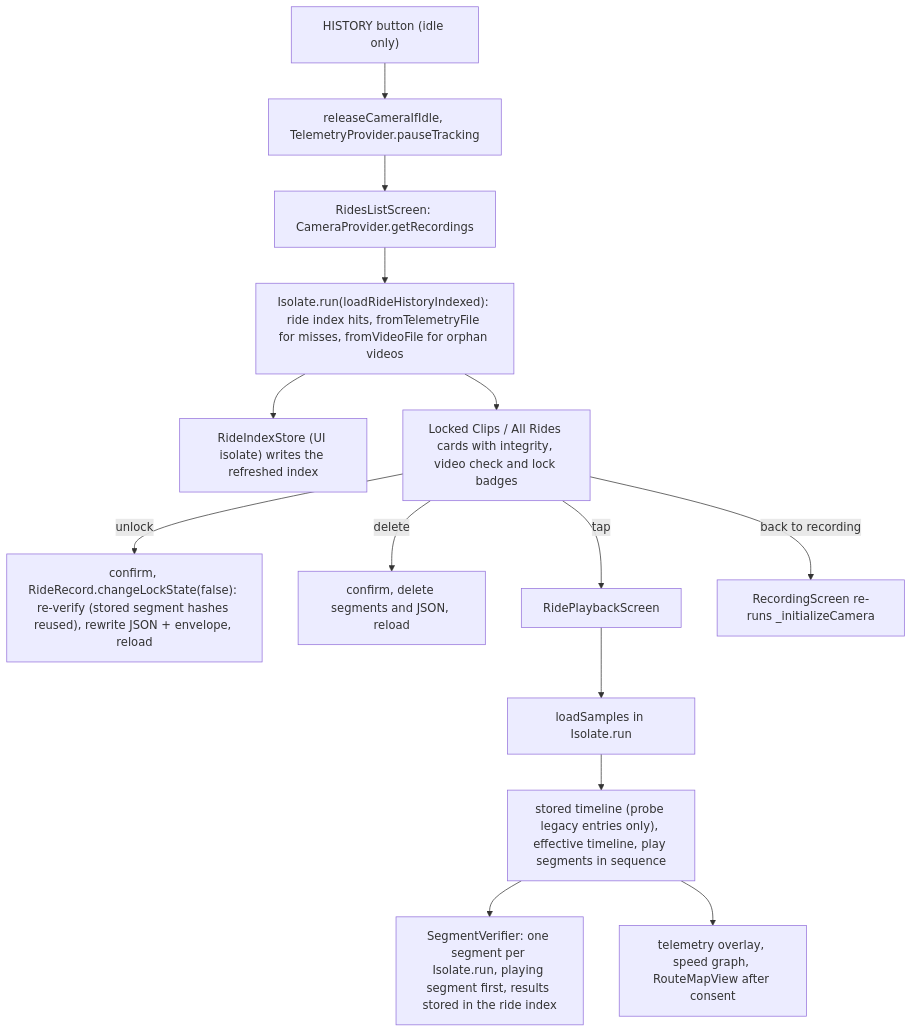
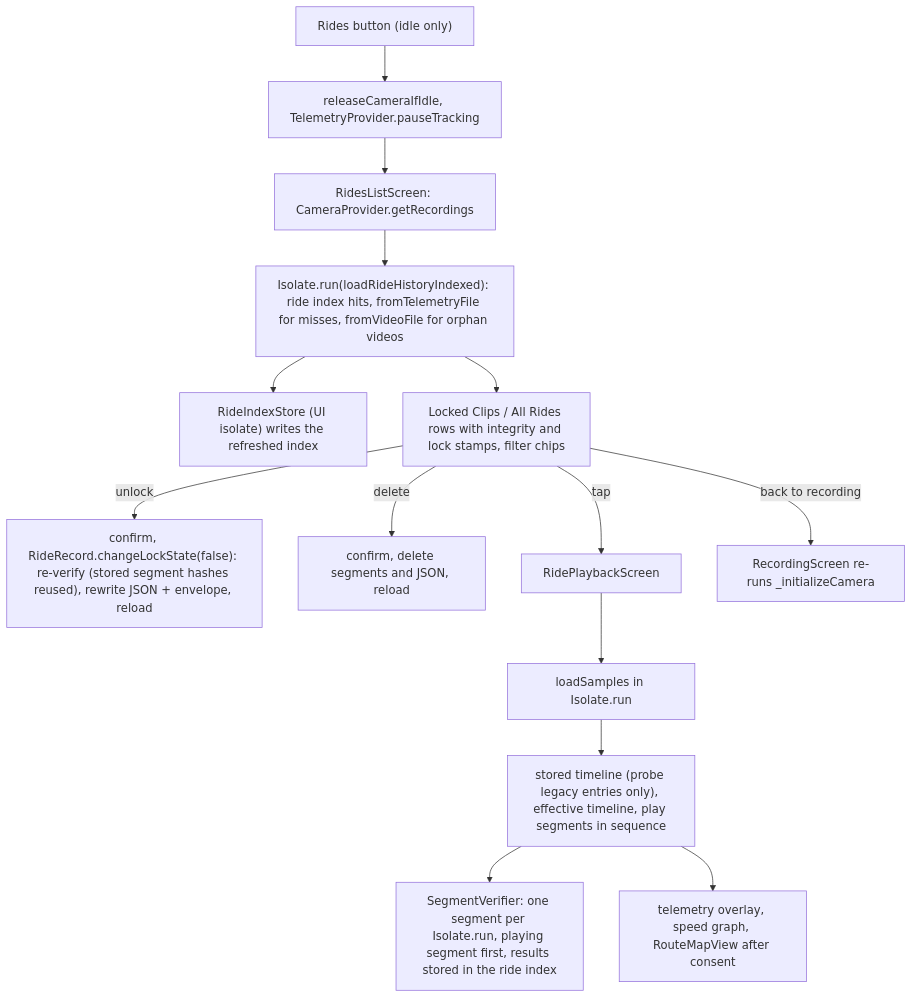
Before and after one commit to Sarthak195/MotoCam: the third of 3 diagrams in docs/architecture.md, drawn with Mermaid. The commit also changed other lines of this file and 3 other files, not shown here.

````diff
--- a/docs/architecture.md
+++ b/docs/architecture.md
@@ -229,16 +299,16 @@
 ```mermaid
 flowchart TD
-    H["HISTORY button (idle only)"] --> R["releaseCameraIfIdle, TelemetryProvider.pauseTracking"]
+    H["Rides button (idle only)"] --> R["releaseCameraIfIdle, TelemetryProvider.pauseTracking"]
     R --> L["RidesListScreen: CameraProvider.getRecordings"]
     L --> F["Isolate.run(loadRideHistoryIndexed): ride index hits, fromTelemetryFile for misses, fromVideoFile for orphan videos"]
     F --> W["RideIndexStore (UI isolate) writes the refreshed index"]
-    F --> List["Locked Clips / All Rides cards with integrity, video check and lock badges"]
+    F --> List["Locked Clips / All Rides rows with integrity and lock stamps, filter chips"]
     List -->|unlock| U["confirm, RideRecord.changeLockState(false): re-verify (stored segment hashes reused), rewrite JSON + envelope, reload"]
     List -->|delete| D["confirm, delete segments and JSON, reload"]
     List -->|tap| P["RidePlaybackScreen"]
     P --> S["loadSamples in Isolate.run"]
     S --> I["stored timeline (probe legacy entries only), effective timeline, play segments in sequence"]
     I --> V["SegmentVerifier: one segment per Isolate.run, playing segment first, results stored in the ride index"]
     I --> M["telemetry overlay, speed graph, RouteMapView after consent"]
     List -->|back to recording| C["RecordingScreen re-runs _initializeCamera"]
 ```
````
